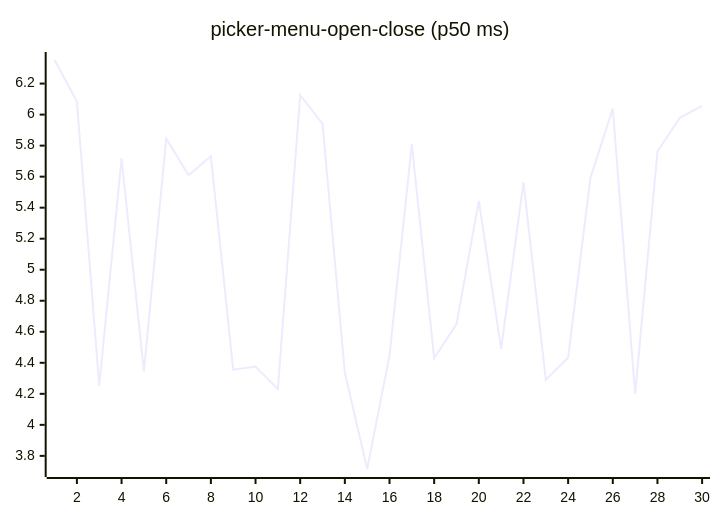
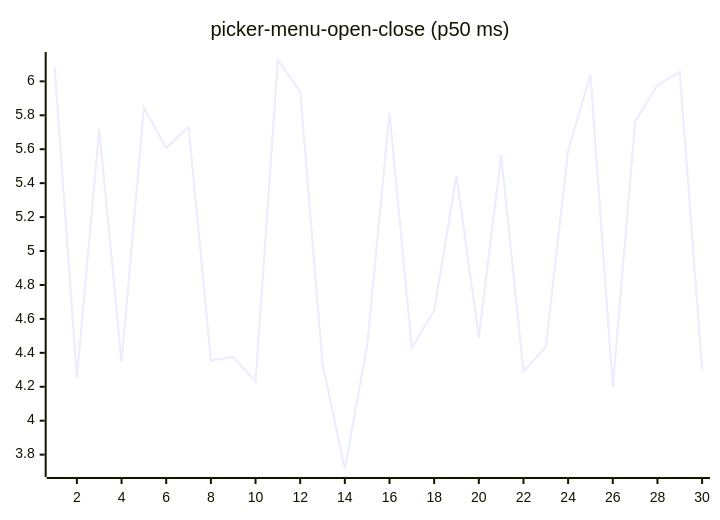
One commit to josha/Facet changed diagram 16 of 27 in README.md. Above: the diagram before and after it, drawn with Mermaid. The commit also changed other lines of this file and 2 other files, not shown here.

````diff
--- a/README.md
+++ b/README.md
@@ -168,6 +168,6 @@
 ```mermaid
 xychart-beta
     title "picker-menu-open-close (p50 ms)"
     x-axis 1 --> 30
-    line [6.3520, 6.0839, 4.2522, 5.7175, 4.3452, 5.8449, 5.6085, 5.7317, 4.3559, 4.3756, 4.2307, 6.1258, 5.9413, 4.3353, 3.7154, 4.4466, 5.8101, 4.4287, 4.6495, 5.4442, 4.4899, 5.5654, 4.2905, 4.4342, 5.5941, 6.0384, 4.1981, 5.7619, 5.9791, 6.0560]
+    line [6.0839, 4.2522, 5.7175, 4.3452, 5.8449, 5.6085, 5.7317, 4.3559, 4.3756, 4.2307, 6.1258, 5.9413, 4.3353, 3.7154, 4.4466, 5.8101, 4.4287, 4.6495, 5.4442, 4.4899, 5.5654, 4.2905, 4.4342, 5.5941, 6.0384, 4.1981, 5.7619, 5.9791, 6.0560, 4.3027]
 ```
````
